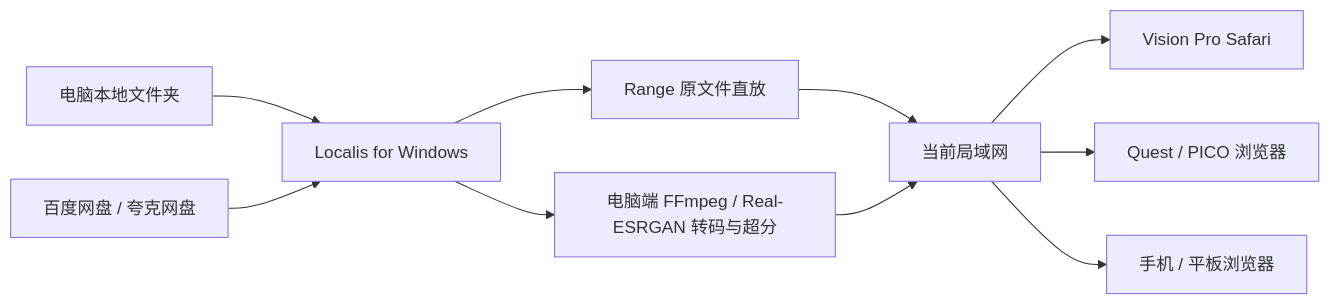
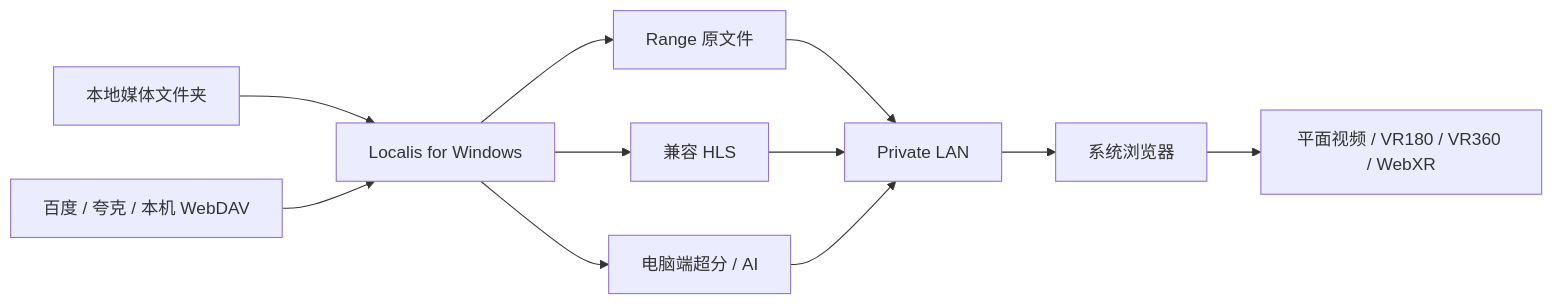
One commit to hanxiaoyu-cmd/localis-xr-media-server changed the diagram in README.md. Above: the diagram before and after it, drawn with Mermaid. The commit also changed other lines of this file and 11 other files, not shown here.

````diff
--- a/README.md
+++ b/README.md
@@ -30,12 +34,13 @@
 ```mermaid
 flowchart LR
-  A[电脑本地文件夹] --> C[Localis for Windows]
-  B[百度网盘 / 夸克网盘] --> C
-  C --> D[Range 原文件直放]
-  C --> E[电脑端 FFmpeg / Real-ESRGAN 转码与超分]
-  D --> F[当前局域网]
-  E --> F
-  F --> G[Vision Pro Safari]
-  F --> H[Quest / PICO 浏览器]
-  F --> I[手机 / 平板浏览器]
+  A[本地媒体文件夹] --> C[Localis for Windows]
+  B[百度 / 夸克 / 本机 WebDAV] --> C
+  C --> D[Range 原文件]
+  C --> E[兼容 HLS]
+  C --> F[电脑端超分 / AI]
+  D --> G[Private LAN]
+  E --> G
+  F --> G
+  G --> H[系统浏览器]
+  H --> I[平面视频 / VR180 / VR360 / WebXR]
 ```
````
